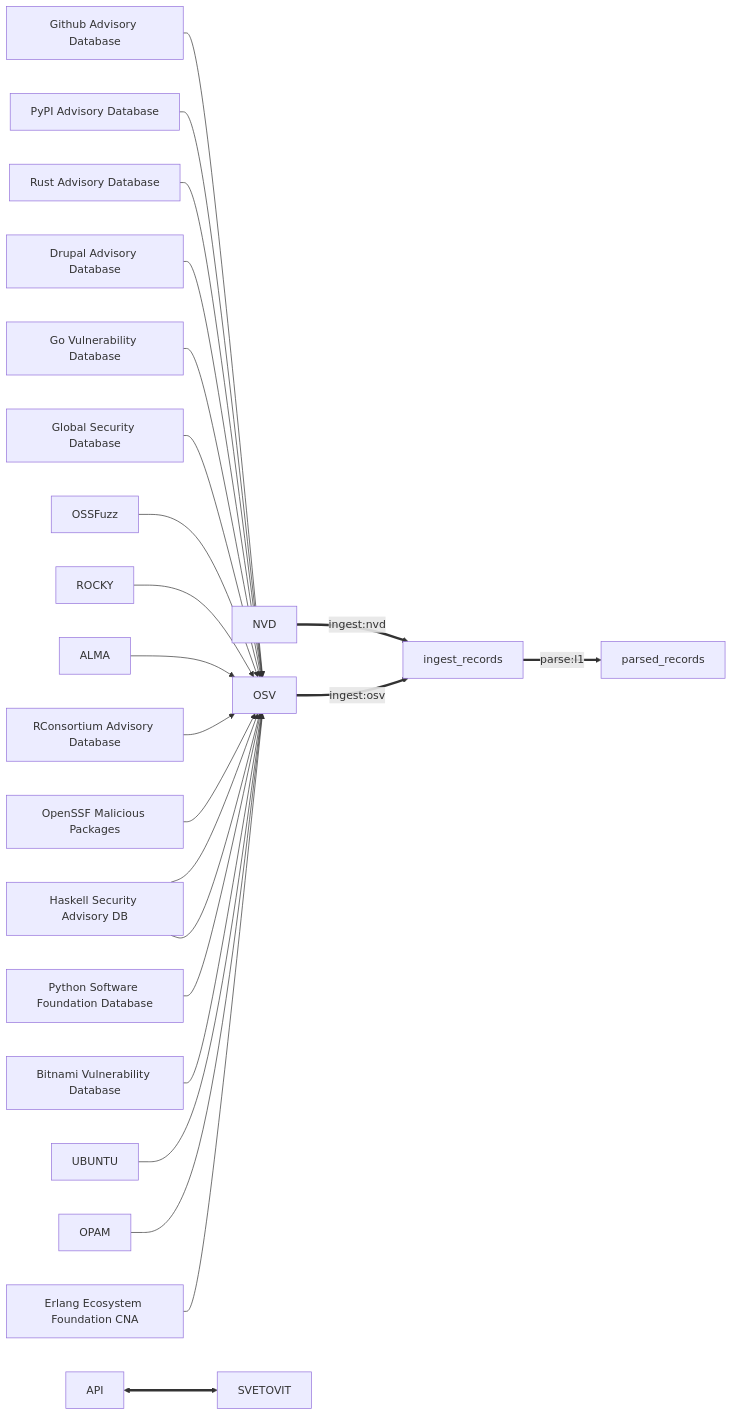
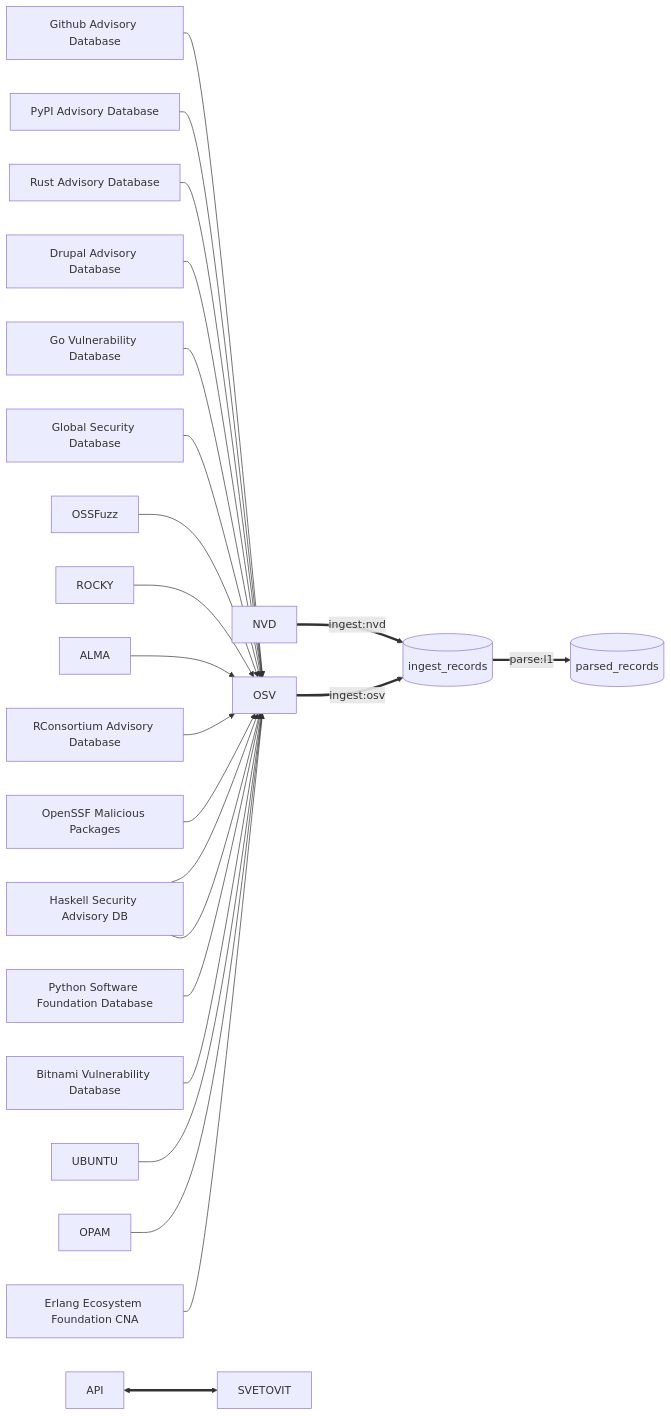
Before and after one commit to TadeasDitte/rozhanitsy-deshittified: the diagram in wiki/graphs/flowchart.mmd, drawn with Mermaid.

Commit message:
docs: small diagram change

```diff
--- a/wiki/graphs/flowchart.mmd
+++ b/wiki/graphs/flowchart.mmd
@@ -1,24 +1,24 @@
 flowchart LR
-    NVD ==>|ingest:nvd| I[ingest_records]
+    NVD ==>|ingest:nvd| I[(ingest_records)]
     OSV ==>|ingest:osv| I
     
     GHA[Github Advisory Database] --> OSV
     PyPI[PyPI Advisory Database] --> OSV
     RUST[Rust Advisory Database] --> OSV
     DRUPAL[Drupal Advisory Database] --> OSV
     GO[Go Vulnerability Database] --> OSV
     GAD[Global Security Database] --> OSV
     OSSFuzz --> OSV
     ROCKY --> OSV
     ALMA --> OSV
     HASKELL[Haskell Security Advisories] --> OSV
     RCON[RConsortium Advisory Database] --> OSV
     OSSF[OpenSSF Malicious Packages] --> OSV
     PSFD[Python Software Foundation Database] --> OSV
     BITNAMI[Bitnami Vulnerability Database] --> OSV
     HASKELL[Haskell Security Advisory DB] --> OSV
     UBUNTU --> OSV
     OPAM --> OSV
     ERLANG[Erlang Ecosystem Foundation CNA] --> OSV
-    I ==>|parse:l1| P[parsed_records]
+    I ==>|parse:l1| P[(parsed_records)]
     API <==>SVETOVIT
```
